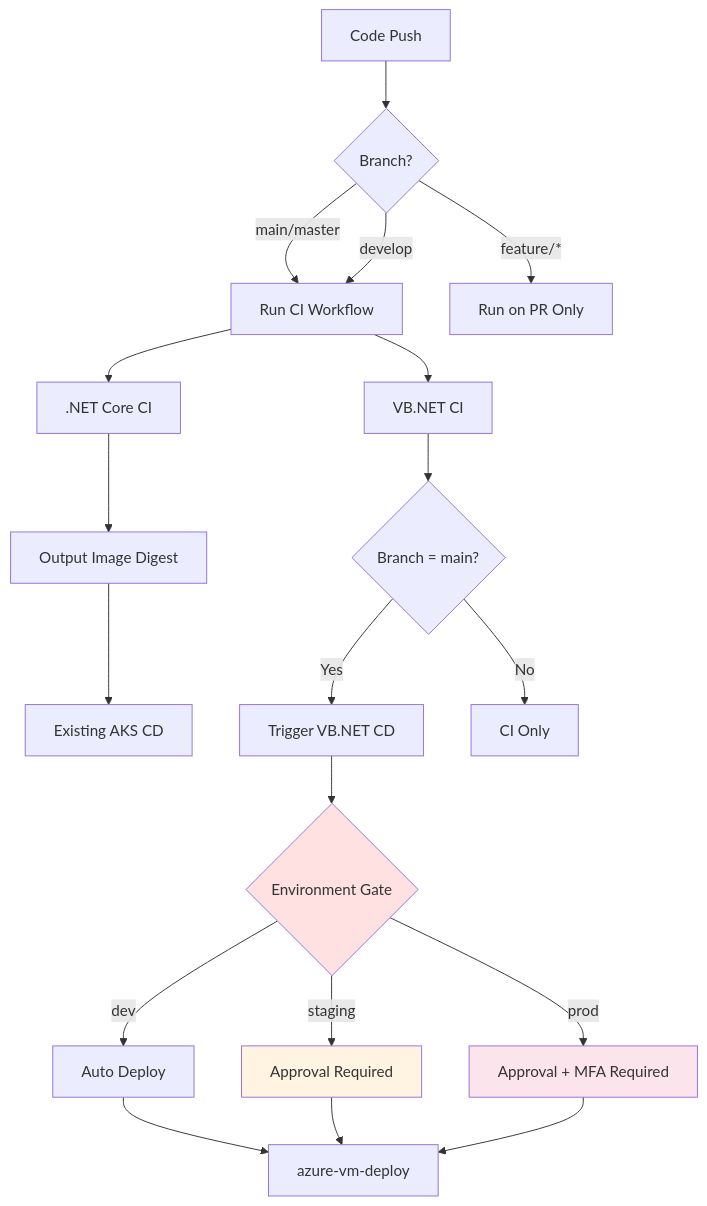
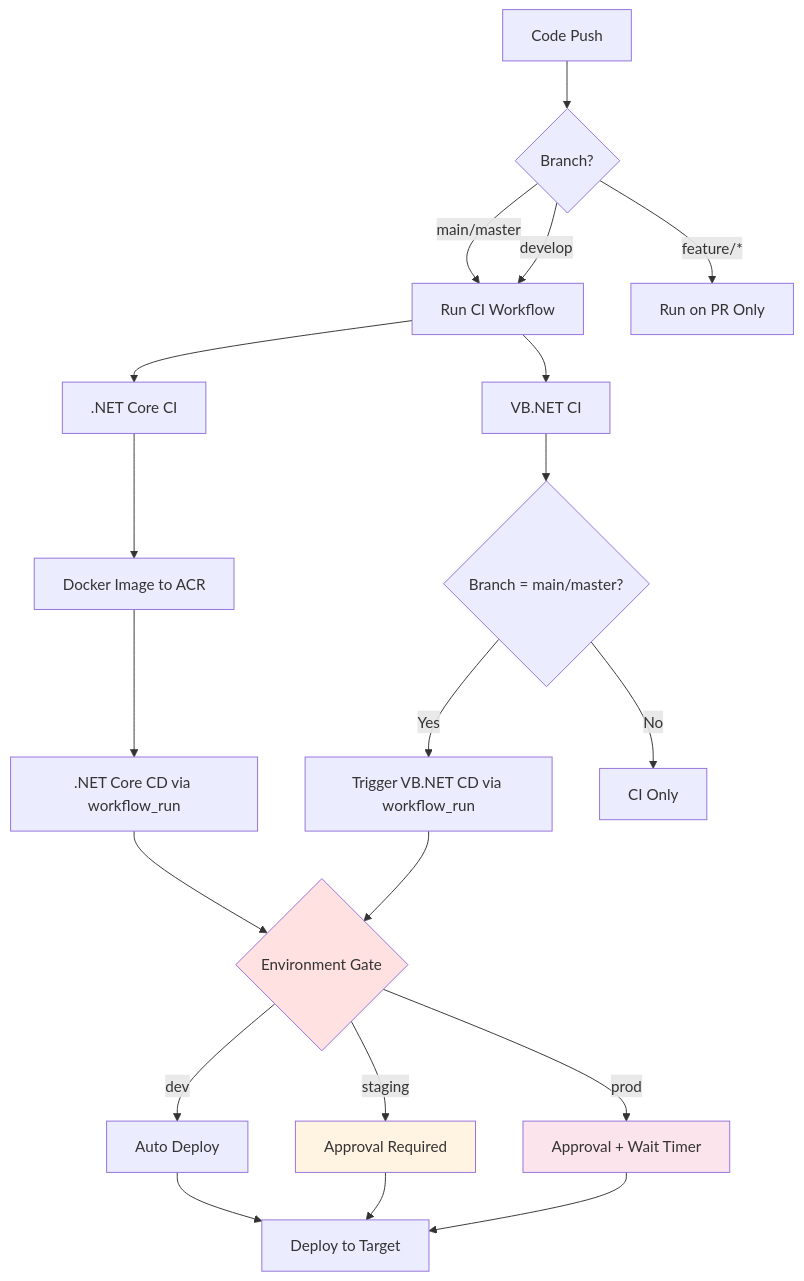
Before and after one commit to vinoth-kumar-k/github-test-workflows: the seventh of 9 diagrams in docs/architecture/workflows-architecture.md, drawn with Mermaid. The commit also changed other lines of this file, not shown here.

First line of the commit message:
docs: update architecture doc with extensibility, security hardening, and best practices

````diff
--- a/docs/architecture/workflows-architecture.md
+++ b/docs/architecture/workflows-architecture.md
@@ -243,28 +344,29 @@
 ```mermaid
 graph TB
     A[Code Push] --> B{Branch?}
     B -->|main/master| C[Run CI Workflow]
     B -->|develop| C
     B -->|feature/*| D[Run on PR Only]
 
     C --> E[.NET Core CI]
     C --> F[VB.NET CI]
 
-    E --> G[Output Image Digest]
-    G --> H[Existing AKS CD]
+    E --> G[Docker Image to ACR]
+    G --> H[.NET Core CD via workflow_run]
 
-    F --> I{Branch = main?}
-    I -->|Yes| J[Trigger VB.NET CD]
+    F --> I{Branch = main/master?}
+    I -->|Yes| J[Trigger VB.NET CD via workflow_run]
     I -->|No| K[CI Only]
 
     J --> L{Environment Gate}
+    H --> L
     L -->|dev| M[Auto Deploy]
     L -->|staging| N[Approval Required]
-    L -->|prod| O[Approval + MFA Required]
+    L -->|prod| O[Approval + Wait Timer]
 
-    M & N & O --> P[azure-vm-deploy]
+    M & N & O --> P[Deploy to Target]
 
     style L fill:#ffe1e1
     style N fill:#fff4e1
     style O fill:#fce4ec
 ```
````
